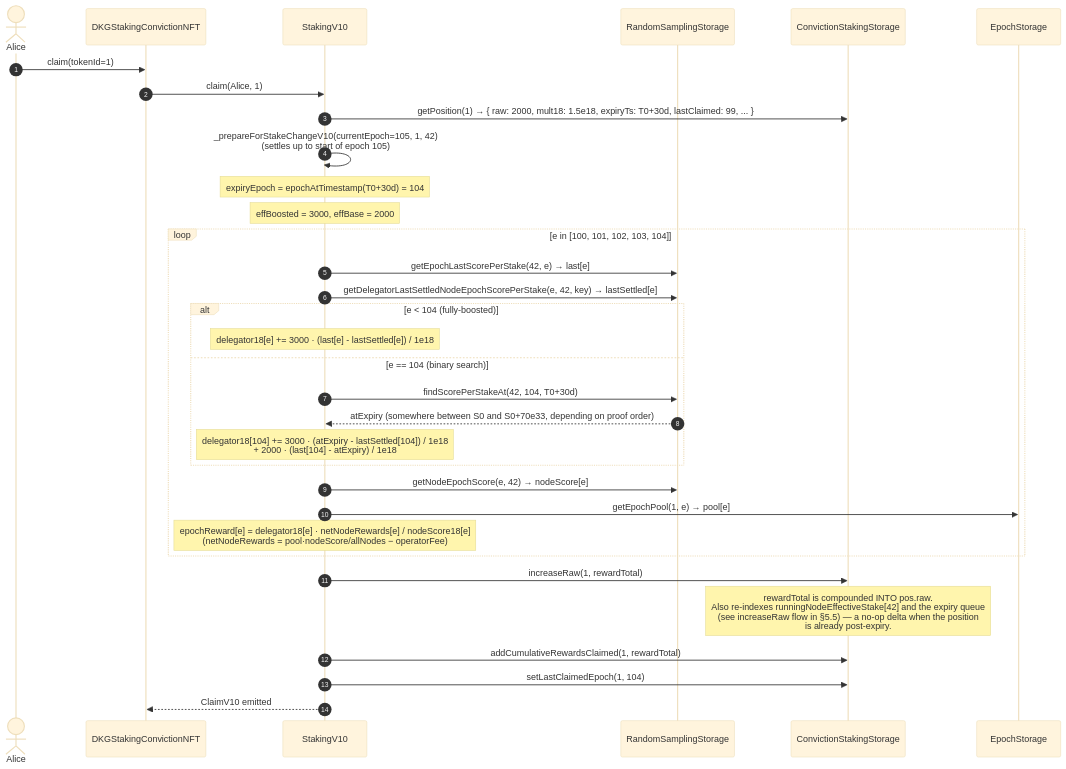
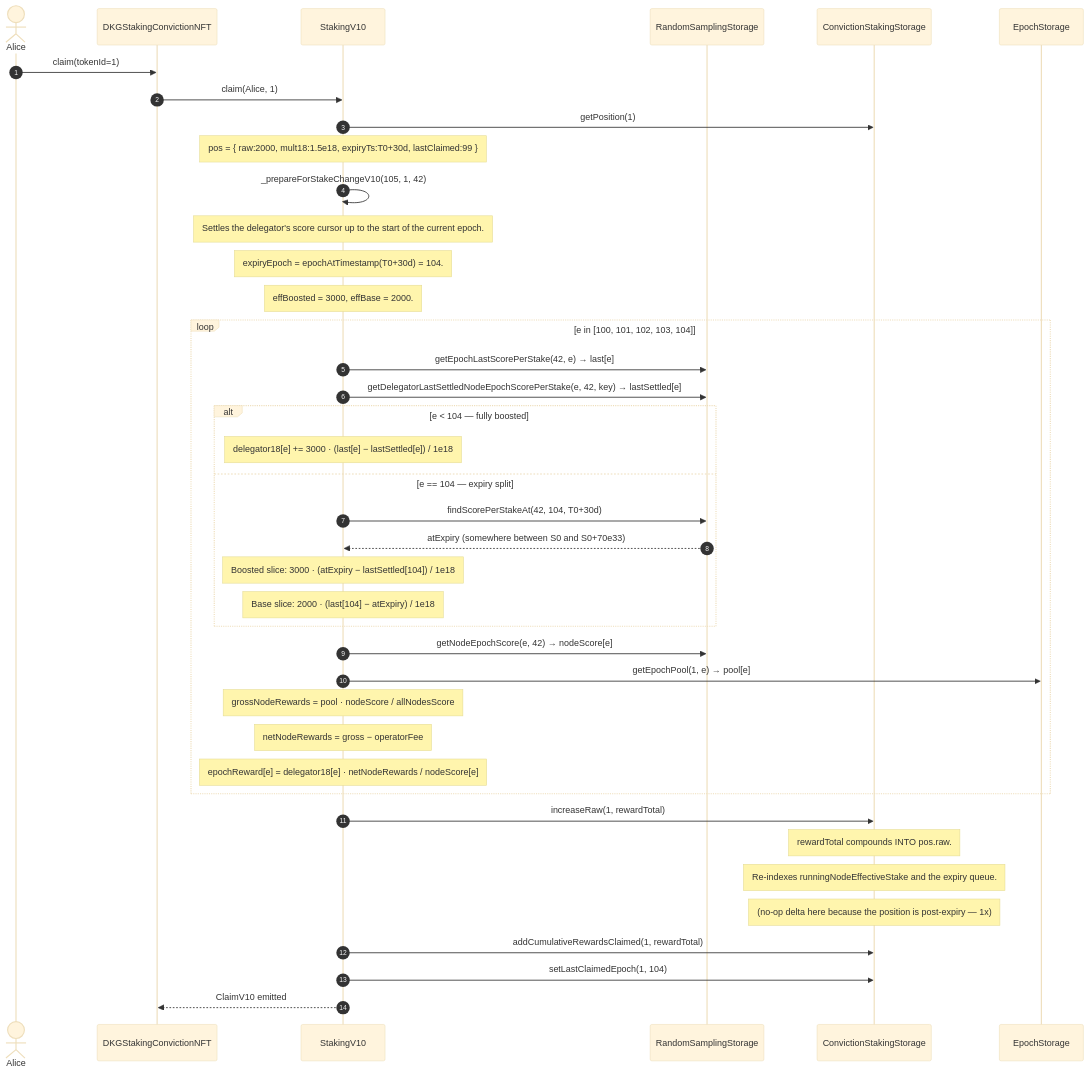
One commit to OriginTrail/dkg-v9 changed the fourth of 5 diagrams in packages/evm-module/docs/D26_TIME_ACCURATE_STAKING.md. Above: the diagram before and after it, drawn with Mermaid (base theme). The commit also changed other lines of this file and 15 other files, not shown here.

````diff
--- a/packages/evm-module/docs/D26_TIME_ACCURATE_STAKING.md
+++ b/packages/evm-module/docs/D26_TIME_ACCURATE_STAKING.md
@@ -299,40 +404,50 @@
 ```mermaid
+%%{init: { 'sequence': { 'messageMargin': 55, 'noteMargin': 15, 'boxMargin': 15, 'actorMargin': 70 } } }%%
 sequenceDiagram
     autonumber
     actor Alice
     participant NFT as DKGStakingConvictionNFT
     participant SV10 as StakingV10
     participant RSS as RandomSamplingStorage
     participant CSS as ConvictionStakingStorage
     participant ES as EpochStorage
 
     Alice->>NFT: claim(tokenId=1)
     NFT->>SV10: claim(Alice, 1)
-    SV10->>CSS: getPosition(1) → { raw: 2000, mult18: 1.5e18, expiryTs: T0+30d, lastClaimed: 99, ... }
+    SV10->>CSS: getPosition(1)
+    Note over SV10: pos = { raw:2000, mult18:1.5e18, expiryTs:T0+30d, lastClaimed:99 }
 
-    SV10->>SV10: _prepareForStakeChangeV10(currentEpoch=105, 1, 42)<br/>(settles up to start of epoch 105)
+    SV10->>SV10: _prepareForStakeChangeV10(105, 1, 42)
+    Note over SV10: Settles the delegator's score cursor up to the start of the current epoch.
 
-    Note over SV10: expiryEpoch = epochAtTimestamp(T0+30d) = 104
-    Note over SV10: effBoosted = 3000, effBase = 2000
+    Note over SV10: expiryEpoch = epochAtTimestamp(T0+30d) = 104.
+    Note over SV10: effBoosted = 3000, effBase = 2000.
 
     loop e in [100, 101, 102, 103, 104]
       SV10->>RSS: getEpochLastScorePerStake(42, e) → last[e]
       SV10->>RSS: getDelegatorLastSettledNodeEpochScorePerStake(e, 42, key) → lastSettled[e]
-      alt e < 104 (fully-boosted)
-        Note over SV10: delegator18[e] += 3000 · (last[e] - lastSettled[e]) / 1e18
-      else e == 104 (binary search)
+
+      alt e < 104 — fully boosted
+        Note over SV10: delegator18[e] += 3000 · (last[e] − lastSettled[e]) / 1e18
+      else e == 104 — expiry split
         SV10->>RSS: findScorePerStakeAt(42, 104, T0+30d)
-        RSS-->>SV10: atExpiry  (somewhere between S0 and S0+70e33, depending on proof order)
-        Note over SV10: delegator18[104] += 3000 · (atExpiry   - lastSettled[104]) / 1e18<br/>                        + 2000 · (last[104]  - atExpiry)         / 1e18
+        RSS-->>SV10: atExpiry (somewhere between S0 and S0+70e33)
+        Note over SV10: Boosted slice: 3000 · (atExpiry − lastSettled[104]) / 1e18
+        Note over SV10: Base slice:    2000 · (last[104] − atExpiry)       / 1e18
       end
+
       SV10->>RSS: getNodeEpochScore(e, 42) → nodeScore[e]
       SV10->>ES: getEpochPool(1, e) → pool[e]
-      Note over SV10: epochReward[e] = delegator18[e] · netNodeRewards[e] / nodeScore18[e]<br/>                (netNodeRewards = pool·nodeScore/allNodes − operatorFee)
+      Note over SV10: grossNodeRewards = pool · nodeScore / allNodesScore
+      Note over SV10: netNodeRewards = gross − operatorFee
+      Note over SV10: epochReward[e] = delegator18[e] · netNodeRewards / nodeScore[e]
     end
 
     SV10->>CSS: increaseRaw(1, rewardTotal)
-    Note over CSS: rewardTotal is compounded INTO pos.raw.<br/>Also re-indexes runningNodeEffectiveStake[42] and the expiry queue<br/>(see increaseRaw flow in §5.5) — a no-op delta when the position<br/>is already post-expiry.
+    Note over CSS: rewardTotal compounds INTO pos.raw.
+    Note over CSS: Re-indexes runningNodeEffectiveStake and the expiry queue.
+    Note over CSS: (no-op delta here because the position is post-expiry — 1x)
     SV10->>CSS: addCumulativeRewardsClaimed(1, rewardTotal)
     SV10->>CSS: setLastClaimedEpoch(1, 104)
     SV10-->>NFT: ClaimV10 emitted
 ```
````
